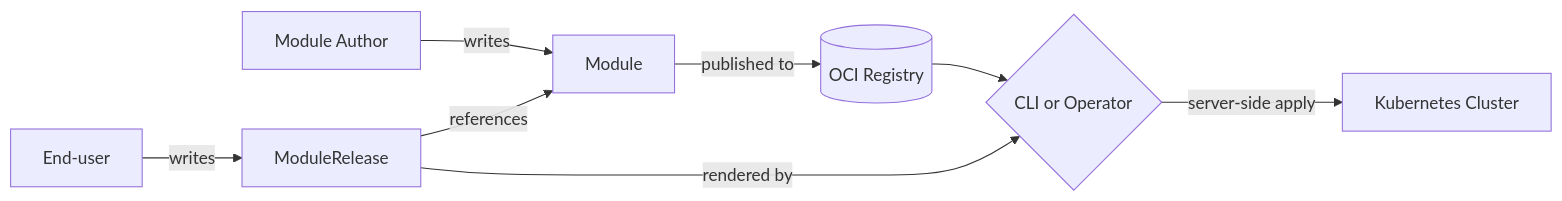
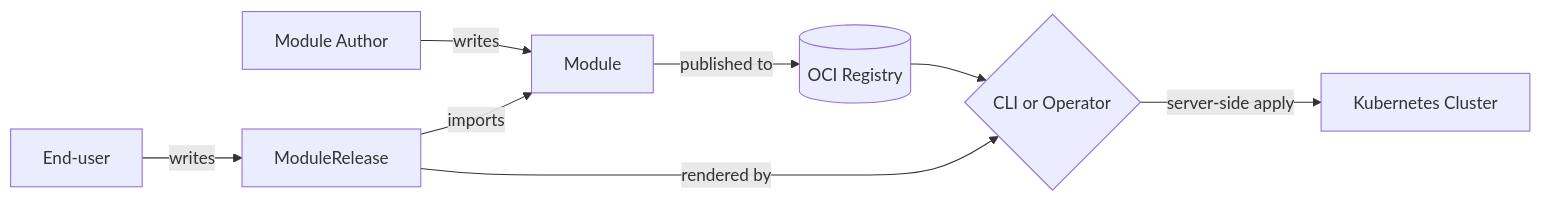
Before and after one commit to open-platform-model/opm: the diagram in docs/concepts/overview.md, drawn with Mermaid. The commit also changed other lines of this file and 10 other files, not shown here.

````diff
--- a/docs/concepts/overview.md
+++ b/docs/concepts/overview.md
@@ -61,10 +72,10 @@
 ```mermaid
 flowchart LR
     A[Module Author] -->|writes| M[Module]
     M -->|published to| R[(OCI Registry)]
     E[End-user] -->|writes| MR[ModuleRelease]
-    MR -->|references| M
+    MR -->|imports| M
     MR -->|rendered by| C{CLI or Operator}
     C -->|server-side apply| K[Kubernetes Cluster]
     R --> C
 ```
````
